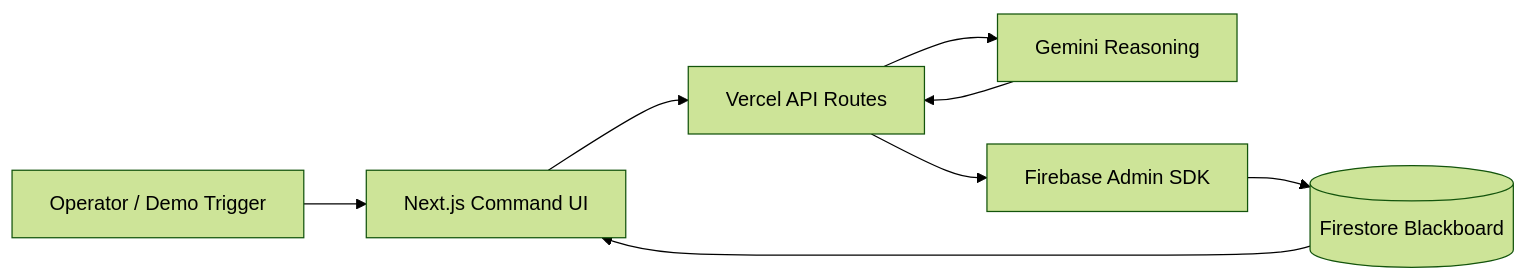
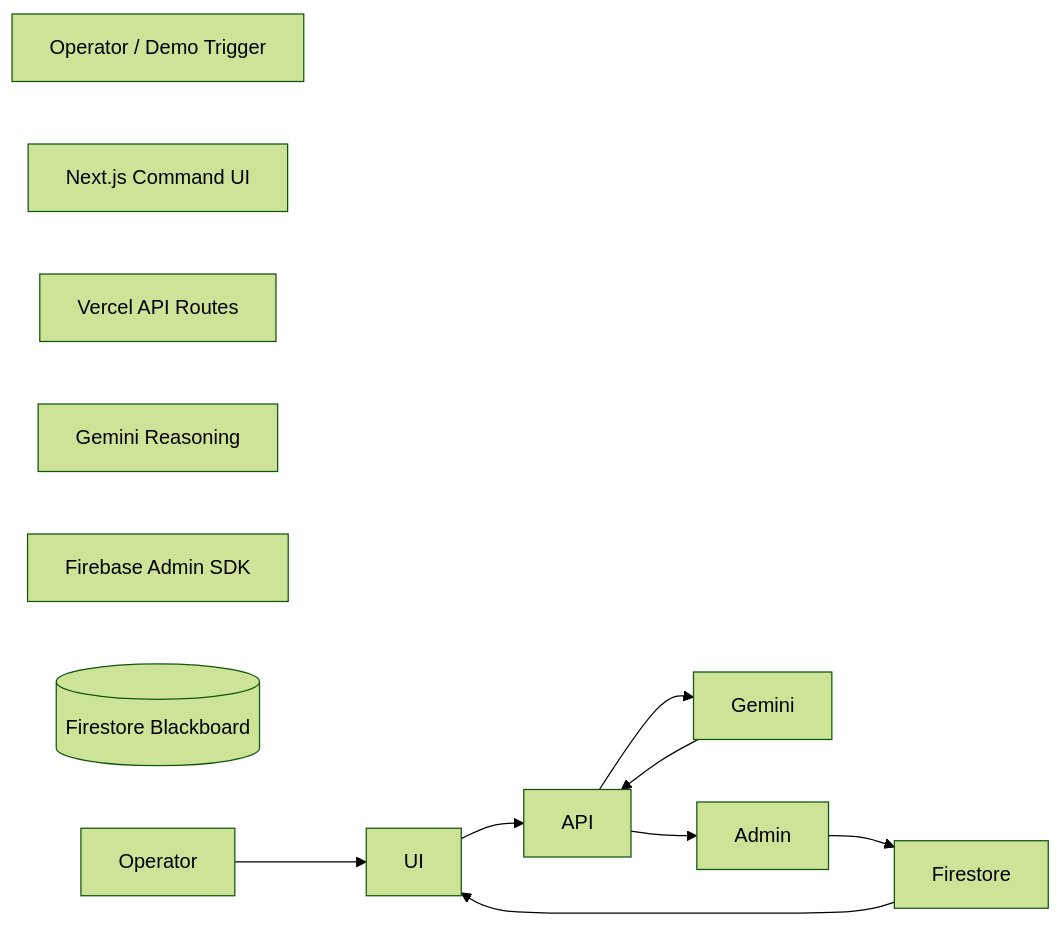
Before and after one commit to DyNATgIT/threshold: the diagram in README.md, drawn with Mermaid (forest theme). The commit also changed other lines of this file, not shown here.

````diff
--- a/README.md
+++ b/README.md
@@ -129,17 +135,17 @@
 ```mermaid
 flowchart LR
-  Operator[Operator / Demo Trigger]
-  UI[Next.js Command UI]
-  API[Vercel API Routes]
-  Gemini[Gemini Reasoning]
-  Admin[Firebase Admin SDK]
-  Firestore[(Firestore Blackboard)]
+  Operator\[Operator / Demo Trigger]
+  UI\[Next.js Command UI]
+  API\[Vercel API Routes]
+  Gemini\[Gemini Reasoning]
+  Admin\[Firebase Admin SDK]
+  Firestore\[(Firestore Blackboard)]
 
   Operator --> UI
   UI --> API
   API --> Gemini
   Gemini --> API
   API --> Admin
   Admin --> Firestore
   Firestore --> UI
 ```
````
